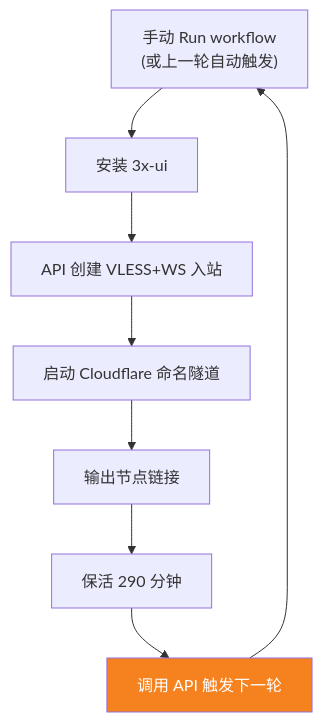
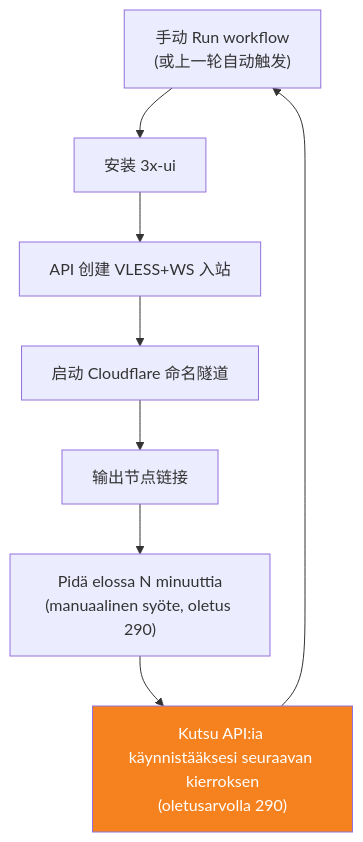
The second of 2 diagrams in README.fi.md (1246437945/cloud-3xui), drawn with Mermaid before and after one commit. The commit also changed other lines of this file, not shown here.

````diff
--- a/README.fi.md
+++ b/README.fi.md
@@ -30,12 +30,12 @@
 ```mermaid
 flowchart TD
     A["手动 Run workflow\n(或上一轮自动触发)"] --> B["安装 3x-ui"]
     B --> C["API 创建 VLESS+WS 入站"]
     C --> D["启动 Cloudflare 命名隧道"]
     D --> E["输出节点链接"]
-    E --> F["保活 290 分钟"]
-    F --> G["调用 API 触发下一轮"]
+    E --> F["Pidä elossa N minuuttia<br/>(manuaalinen syöte, oletus 290)"]
+    F --> G["Kutsu API:ia käynnistääksesi seuraavan kierroksen<br/>(oletusarvolla 290)"]
     G --> A
 
     style G fill:#f6821f,color:#fff
 ```
````
